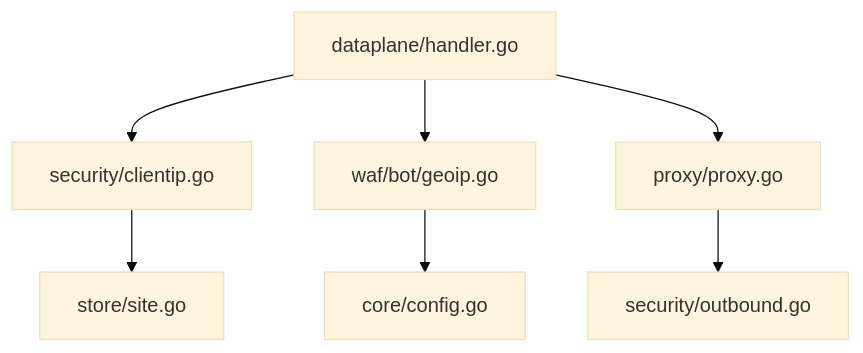
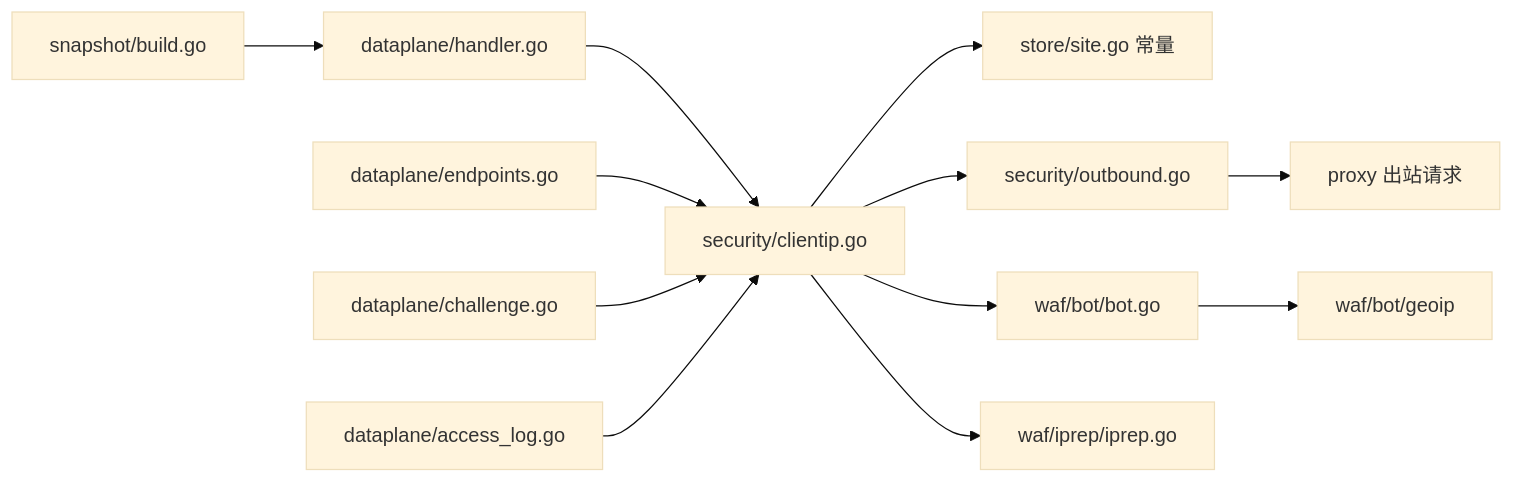
Before and after one commit to x01n/My-OpenWaf: the sixth of 6 diagrams in docs/安全机制/客户端 IP 获取.md, drawn with Mermaid (base theme). The commit also changed other lines of this file and 622 other files, not shown here.

````diff
--- a/docs/安全机制/客户端 IP 获取.md
+++ b/docs/安全机制/客户端 IP 获取.md
@@ -275,9 +445,14 @@
 ```mermaid
-graph TB
-DP["dataplane/handler.go"] --> SEC["security/clientip.go"]
-DP --> GEO["waf/bot/geoip.go"]
-DP --> PRX["proxy/proxy.go"]
-SEC --> ST["store/site.go"]
-PRX --> OUT["security/outbound.go"]
-GEO --> CFG["core/config.go"]
+graph LR
+  H["dataplane/handler.go"] --> SEC["security/clientip.go"]
+  EP["dataplane/endpoints.go"] --> SEC
+  CH["dataplane/challenge.go"] --> SEC
+  AL["dataplane/access_log.go"] --> SEC
+  SEC --> ST["store/site.go 常量"]
+  SEC --> OUT["security/outbound.go"]
+  SB["snapshot/build.go"] --> H
+  OUT --> PRX["proxy 出站请求"]
+  SEC --> BOT["waf/bot/bot.go"]
+  SEC --> IPR["waf/iprep/iprep.go"]
+  BOT --> GEO["waf/bot/geoip"]
 ```
````
